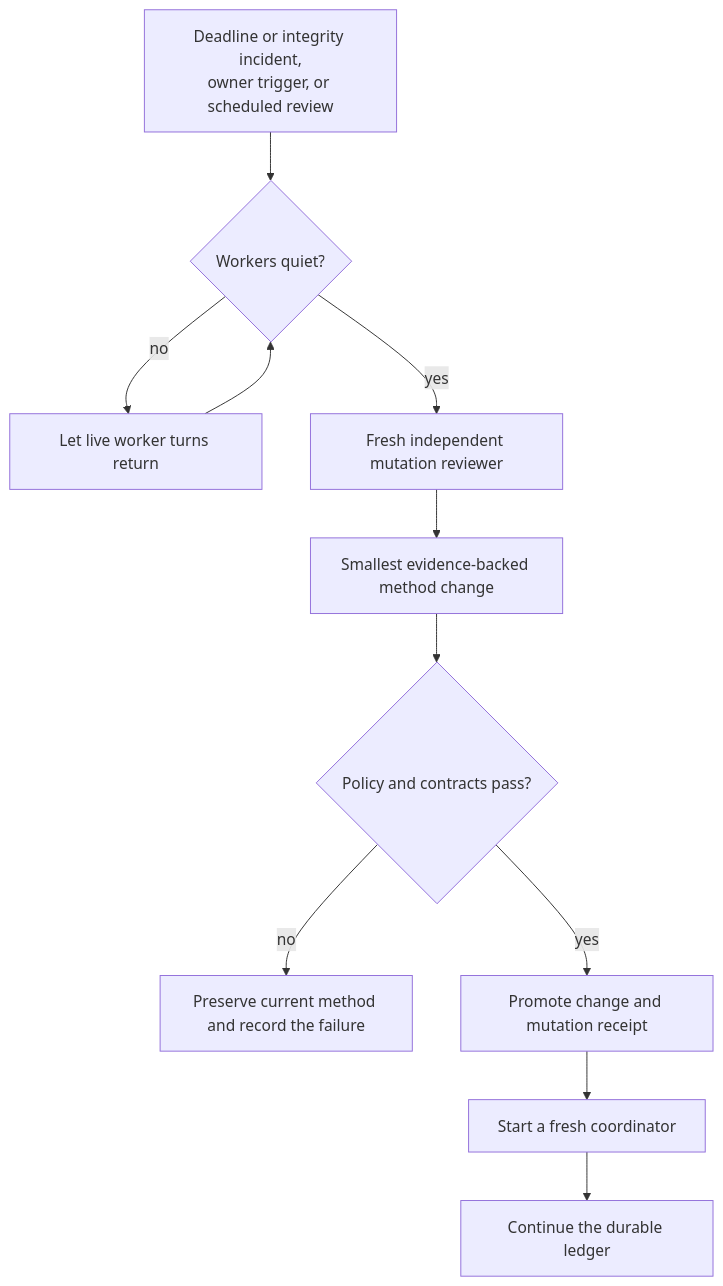
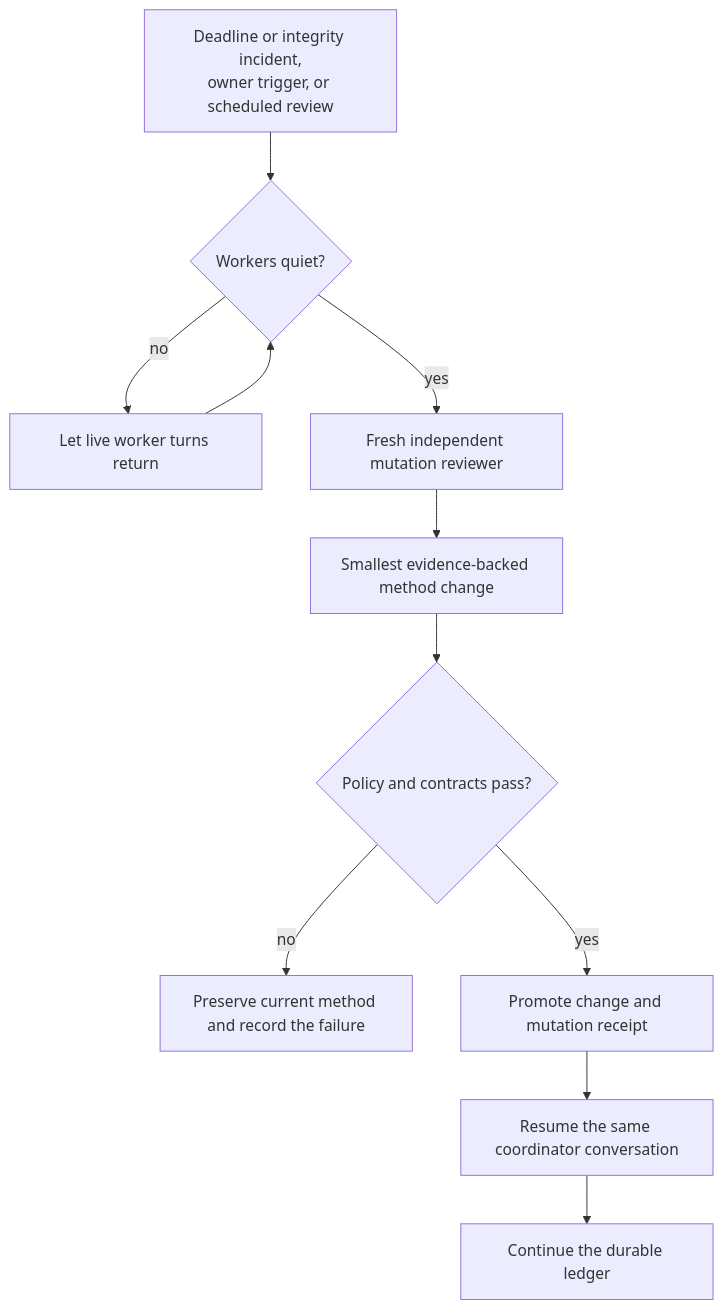
One commit to josihosi/de67 changed the third of 3 diagrams in docs/how-de67-works.md. Above: the diagram before and after it, drawn with Mermaid. The commit also changed other lines of this file and 39 other files, not shown here.

````diff
--- a/docs/how-de67-works.md
+++ b/docs/how-de67-works.md
@@ -54,13 +55,13 @@
 ```mermaid
 flowchart TD
     Signal[Deadline or integrity incident,<br/>owner trigger, or scheduled review] --> Quiet{Workers quiet?}
     Quiet -->|no| Finish[Let live worker turns return]
     Finish --> Quiet
     Quiet -->|yes| Review[Fresh independent mutation reviewer]
     Review --> Candidate[Smallest evidence-backed method change]
     Candidate --> Guard{Policy and contracts pass?}
     Guard -->|no| Preserve[Preserve current method and record the failure]
     Guard -->|yes| Apply[Promote change and mutation receipt]
-    Apply --> Fresh[Start a fresh coordinator]
+    Apply --> Fresh[Resume the same coordinator conversation]
     Fresh --> Continue[Continue the durable ledger]
 ```
````
